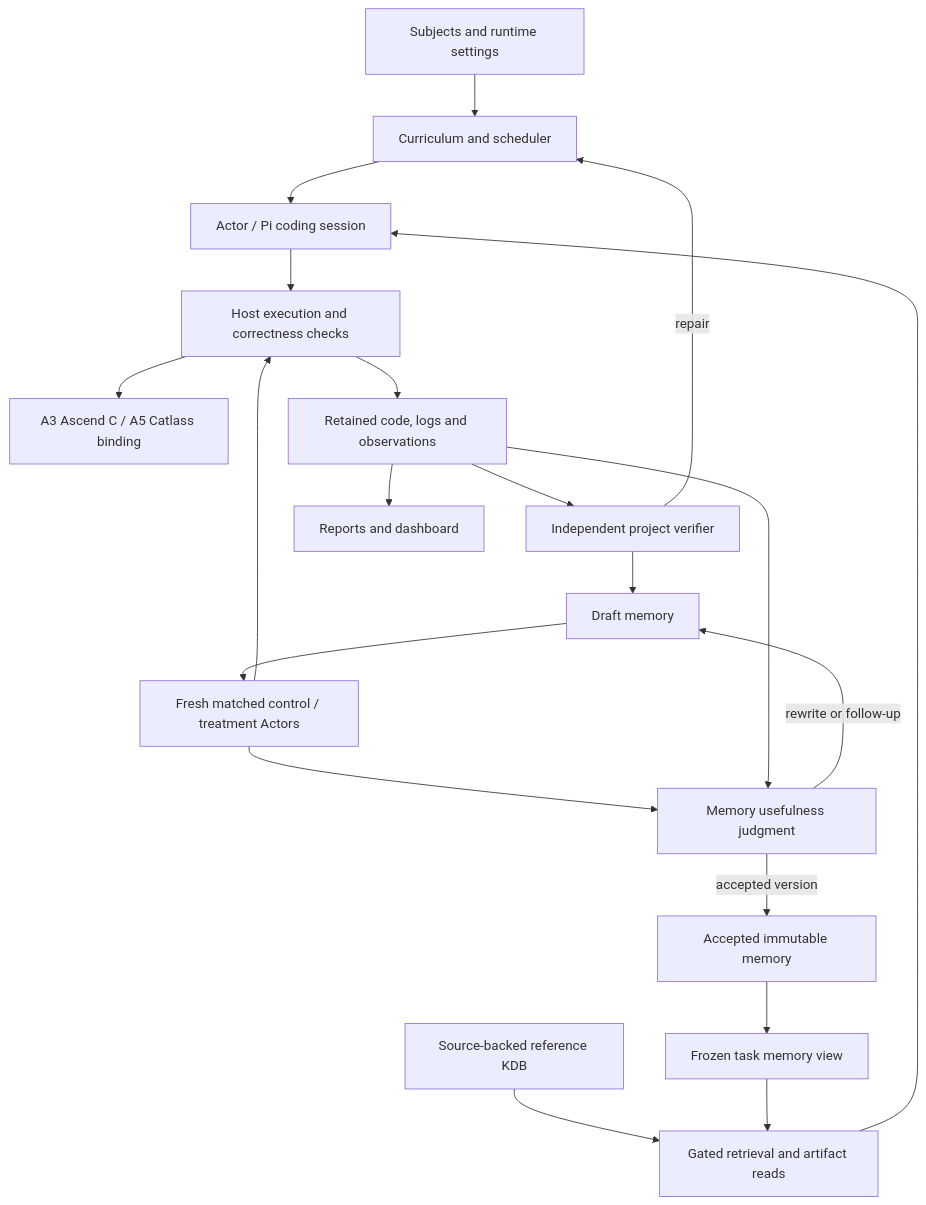
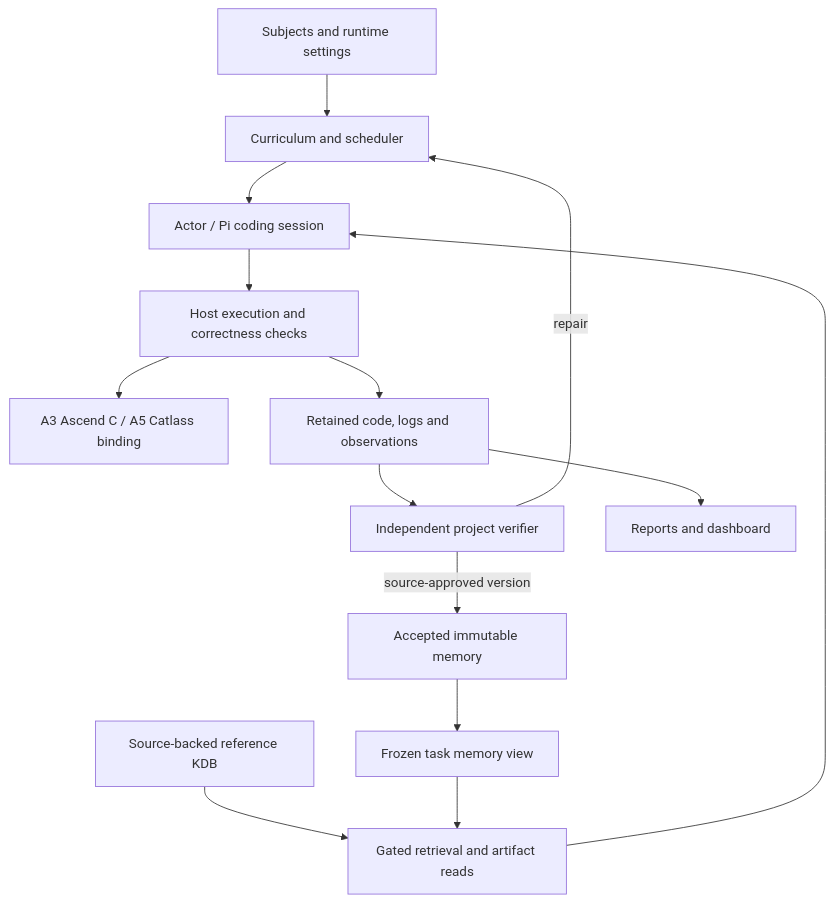
Before and after one commit to mdrumond/RSIAgent: the diagram in README.md, drawn with Mermaid. The commit also changed other lines of this file and 74 other files, not shown here.

Commit message:
Remove memory A/B admission and publish source-reviewed lessons directly

````diff
--- a/README.md
+++ b/README.md
@@ -106,22 +97,16 @@
 ```mermaid
 flowchart TD
     Config[Subjects and runtime settings] --> Curriculum[Curriculum and scheduler]
     Memory[Accepted immutable memory] --> Snapshot[Frozen task memory view]
     References[Source-backed reference KDB] --> Knowledge[Gated retrieval and artifact reads]
     Snapshot --> Knowledge
     Curriculum --> Actor[Actor / Pi coding session]
     Knowledge --> Actor
     Actor --> Host[Host execution and correctness checks]
     Host --> Backend[A3 Ascend C / A5 Catlass binding]
     Host --> Evidence[Retained code, logs and observations]
     Evidence --> ProjectVerifier[Independent project verifier]
     ProjectVerifier -->|repair| Curriculum
-    ProjectVerifier --> Draft[Draft memory]
-    Draft --> Trial[Fresh matched control / treatment Actors]
-    Trial --> Host
-    Trial --> Admission[Memory usefulness judgment]
-    Evidence --> Admission
-    Admission -->|accepted version| Memory
-    Admission -->|rewrite or follow-up| Draft
+    ProjectVerifier -->|source-approved version| Memory
     Evidence --> Reports[Reports and dashboard]
 ```
````
